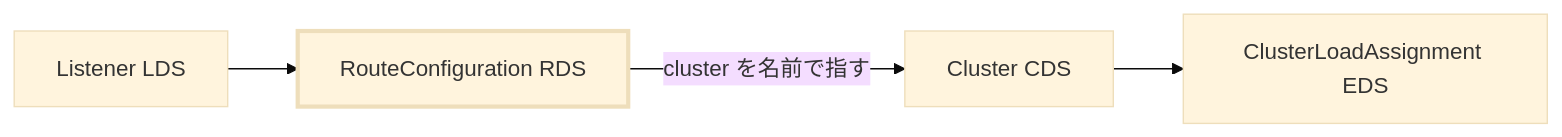
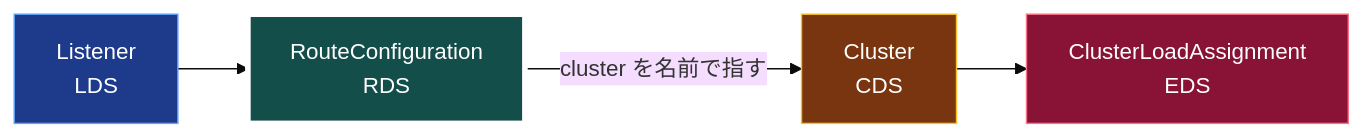
The diagram in docs/04-rds/README.ja.md (0-draft/envoy-xds-deep-dive), drawn with Mermaid (base theme) before and after one commit. The commit also changed 27 other files, not shown here.

First line of the commit message:
docs: semantic color, distinct shapes, and a11y metadata for all mermaid diagrams

````diff
--- a/docs/04-rds/README.ja.md
+++ b/docs/04-rds/README.ja.md
@@ -8,7 +8,17 @@
 ```mermaid
 flowchart LR
-    L[Listener LDS] --> R[RouteConfiguration RDS]
-    R -- cluster を名前で指す --> C[Cluster CDS]
-    C --> E[ClusterLoadAssignment EDS]
-    style R stroke-width:3px
+    accTitle: 依存チェーンにおける RDS の位置
+    accDescr: RDS が配信する RouteConfiguration が強調されている。Listener がそれを指し、RouteConfiguration は cluster を名前で指し、Cluster は ClusterLoadAssignment を参照する。
+    L[Listener<br/>LDS] --> R[RouteConfiguration<br/>RDS]
+    R -- cluster を名前で指す --> C[Cluster<br/>CDS]
+    C --> E[ClusterLoadAssignment<br/>EDS]
+    class L lds
+    class R rds
+    class C cds
+    class E eds
+    style R stroke:#fff,stroke-width:4px
+    classDef lds fill:#1e3a8a,stroke:#60a5fa,color:#fff
+    classDef rds fill:#134e4a,stroke:#2dd4bf,color:#fff
+    classDef cds fill:#78350f,stroke:#fbbf24,color:#fff
+    classDef eds fill:#881337,stroke:#fb7185,color:#fff
 ```
````
